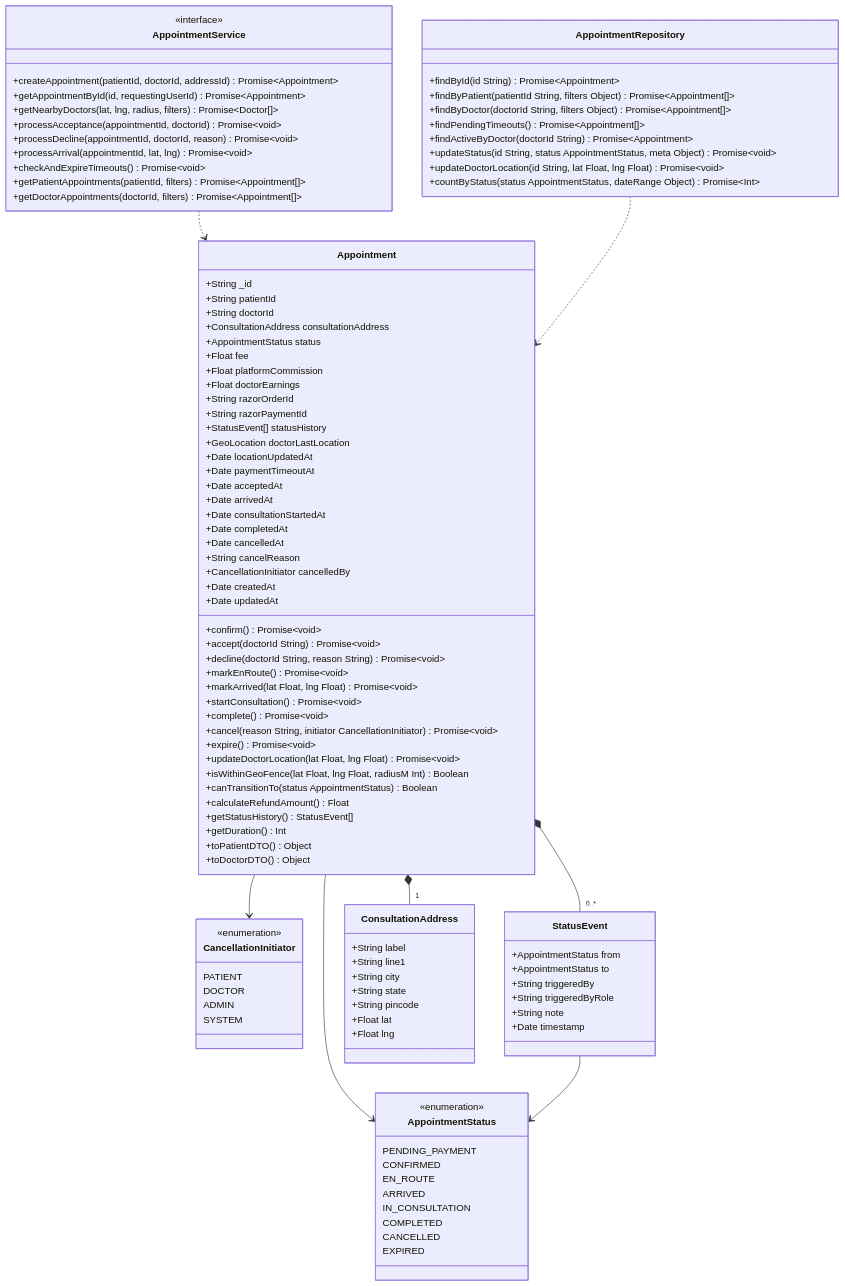
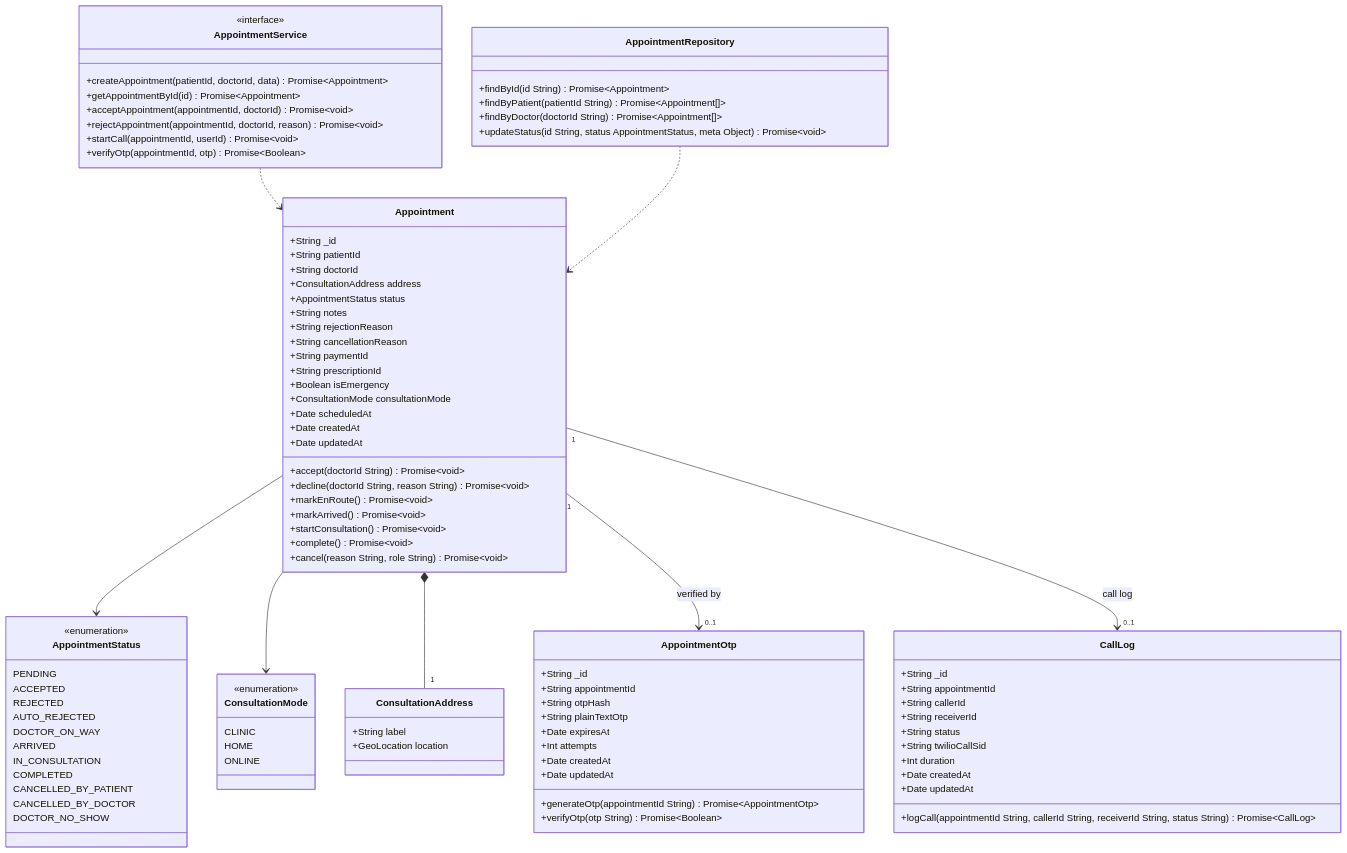
One commit to Vansh-Vaishnani/DocDock changed the third of 7 diagrams in Documents/Class_Diagrams.md. Above: the diagram before and after it, drawn with Mermaid. The commit also changed other lines of this file and 16 other files, not shown here.

Commit message:
feat: initialize project documentation including system architecture, design specifications, and development roadmap

````diff
--- a/Documents/Class_Diagrams.md
+++ b/Documents/Class_Diagrams.md
@@ -606,115 +619,104 @@
 
     class AppointmentStatus {
         <<enumeration>>
-        PENDING_PAYMENT
-        CONFIRMED
-        EN_ROUTE
+        PENDING
+        ACCEPTED
+        REJECTED
+        AUTO_REJECTED
+        DOCTOR_ON_WAY
         ARRIVED
         IN_CONSULTATION
         COMPLETED
-        CANCELLED
-        EXPIRED
+        CANCELLED_BY_PATIENT
+        CANCELLED_BY_DOCTOR
+        DOCTOR_NO_SHOW
     }
 
-    class CancellationInitiator {
+    class ConsultationMode {
         <<enumeration>>
-        PATIENT
-        DOCTOR
-        ADMIN
-        SYSTEM
-    }
-
-    class StatusEvent {
-        +AppointmentStatus from
-        +AppointmentStatus to
-        +String triggeredBy
-        +String triggeredByRole
-        +String note
-        +Date timestamp
+        CLINIC
+        HOME
+        ONLINE
     }
 
     class ConsultationAddress {
         +String label
-        +String line1
-        +String city
-        +String state
-        +String pincode
-        +Float lat
-        +Float lng
+        +GeoLocation location
     }
 
     class Appointment {
         +String _id
         +String patientId
         +String doctorId
-        +ConsultationAddress consultationAddress
+        +ConsultationAddress address
         +AppointmentStatus status
-        +Float fee
-        +Float platformCommission
-        +Float doctorEarnings
-        +String razorOrderId
-        +String razorPaymentId
-        +StatusEvent[] statusHistory
-        +GeoLocation doctorLastLocation
-        +Date locationUpdatedAt
-        +Date paymentTimeoutAt
-        +Date acceptedAt
-        +Date arrivedAt
-        +Date consultationStartedAt
-        +Date completedAt
-        +Date cancelledAt
-        +String cancelReason
-        +CancellationInitiator cancelledBy
+        +String notes
+        +String rejectionReason
+        +String cancellationReason
+        +String paymentId
+        +String prescriptionId
+        +Boolean isEmergency
+        +ConsultationMode consultationMode
+        +Date scheduledAt
         +Date createdAt
         +Date updatedAt
-        +confirm() Promise~void~
         +accept(doctorId String) Promise~void~
         +decline(doctorId String, reason String) Promise~void~
         +markEnRoute() Promise~void~
-        +markArrived(lat Float, lng Float) Promise~void~
+        +markArrived() Promise~void~
         +startConsultation() Promise~void~
         +complete() Promise~void~
-        +cancel(reason String, initiator CancellationInitiator) Promise~void~
-        +expire() Promise~void~
-        +updateDoctorLocation(lat Float, lng Float) Promise~void~
-        +isWithinGeoFence(lat Float, lng Float, radiusM Int) Boolean
-        +canTransitionTo(status AppointmentStatus) Boolean
-        +calculateRefundAmount() Float
-        +getStatusHistory() StatusEvent[]
-        +getDuration() Int
-        +toPatientDTO() Object
-        +toDoctorDTO() Object
+        +cancel(reason String, role String) Promise~void~
+    }
+
+    class AppointmentOtp {
+        +String _id
+        +String appointmentId
+        +String otpHash
+        +String plainTextOtp
+        +Date expiresAt
+        +Int attempts
+        +Date createdAt
+        +Date updatedAt
+        +generateOtp(appointmentId String) Promise~AppointmentOtp~
+        +verifyOtp(otp String) Promise~Boolean~
+    }
+
+    class CallLog {
+        +String _id
+        +String appointmentId
+        +String callerId
+        +String receiverId
+        +String status
+        +String twilioCallSid
+        +Int duration
+        +Date createdAt
+        +Date updatedAt
+        +logCall(appointmentId String, callerId String, receiverId String, status String) Promise~CallLog~
     }
 
     class AppointmentService {
         <<interface>>
-        +createAppointment(patientId, doctorId, addressId) Promise~Appointment~
-        +getAppointmentById(id, requestingUserId) Promise~Appointment~
-        +getNearbyDoctors(lat, lng, radius, filters) Promise~Doctor[]~
-        +processAcceptance(appointmentId, doctorId) Promise~void~
-        +processDecline(appointmentId, doctorId, reason) Promise~void~
-        +processArrival(appointmentId, lat, lng) Promise~void~
-        +checkAndExpireTimeouts() Promise~void~
-        +getPatientAppointments(patientId, filters) Promise~Appointment[]~
-        +getDoctorAppointments(doctorId, filters) Promise~Appointment[]~
+        +createAppointment(patientId, doctorId, data) Promise~Appointment~
+        +getAppointmentById(id) Promise~Appointment~
+        +acceptAppointment(appointmentId, doctorId) Promise~void~
+        +rejectAppointment(appointmentId, doctorId, reason) Promise~void~
+        +startCall(appointmentId, userId) Promise~void~
+        +verifyOtp(appointmentId, otp) Promise~Boolean~
     }
 
     class AppointmentRepository {
         +findById(id String) Promise~Appointment~
-        +findByPatient(patientId String, filters Object) Promise~Appointment[]~
-        +findByDoctor(doctorId String, filters Object) Promise~Appointment[]~
-        +findPendingTimeouts() Promise~Appointment[]~
-        +findActiveByDoctor(doctorId String) Promise~Appointment~
+        +findByPatient(patientId String) Promise~Appointment[]~
+        +findByDoctor(doctorId String) Promise~Appointment[]~
         +updateStatus(id String, status AppointmentStatus, meta Object) Promise~void~
-        +updateDoctorLocation(id String, lat Float, lng Float) Promise~void~
-        +countByStatus(status AppointmentStatus, dateRange Object) Promise~Int~
     }
 
     Appointment --> AppointmentStatus
-    Appointment --> CancellationInitiator
-    Appointment *-- "0..*" StatusEvent
+    Appointment --> ConsultationMode
     Appointment *-- "1" ConsultationAddress
+    Appointment "1" --> "0..1" AppointmentOtp : verified by
+    Appointment "1" --> "0..1" CallLog : call log
     AppointmentService ..> Appointment
     AppointmentRepository ..> Appointment
-    StatusEvent --> AppointmentStatus
 ```
````
